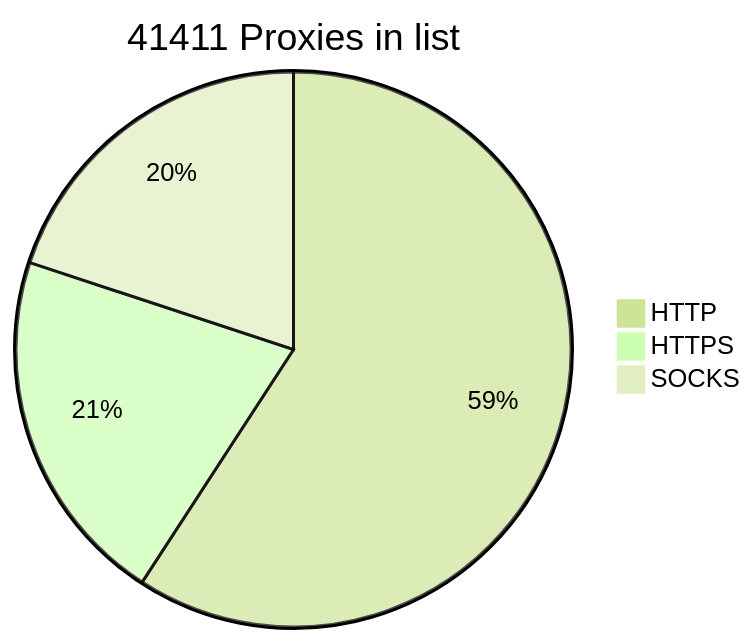
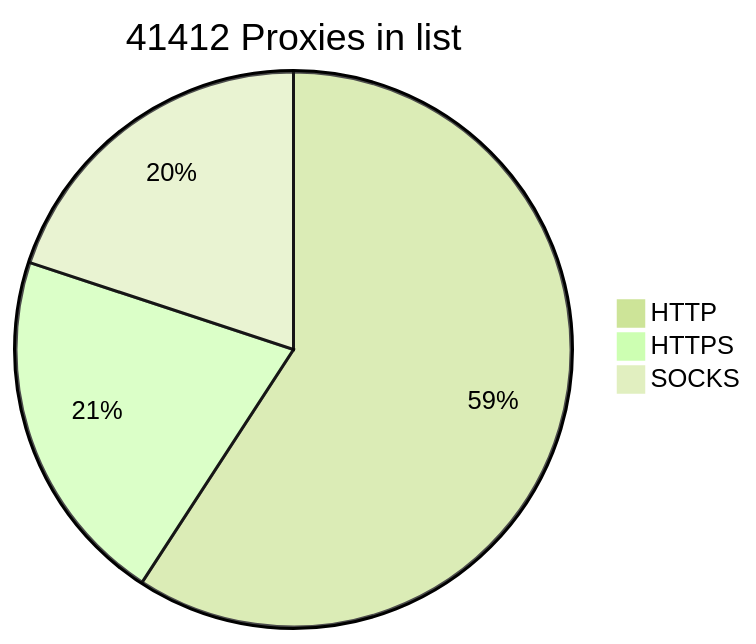
The diagram in README.md (BlackSnowDot/proxylist-update-every-minute), drawn with Mermaid (forest theme) before and after one commit.

````diff
--- a/README.md
+++ b/README.md
@@ -2,6 +2,6 @@
 ```mermaid
-pie title 41411 Proxies in list
+pie title 41412 Proxies in list
     "HTTP" : 28494
     "HTTPS": 10059
-    "SOCKS" : 9597
+    "SOCKS" : 9598
 ```
````
